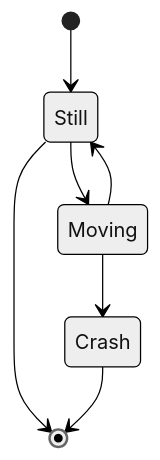
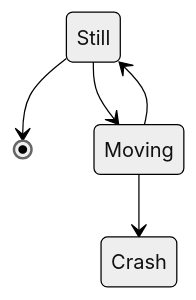
Before and after one commit to juakali-networks/mip: the second of 2 diagrams in README.md, drawn with Mermaid (neutral theme).

Commit message:
Added diagram to ReadMe

````diff
--- a/README.md
+++ b/README.md
@@ -37,10 +37,8 @@
 ```mermaid
 stateDiagram
-    [*] --> Still
     Still --> [*]
 
     Still --> Moving
     Moving --> Still
     Moving --> Crash
-    Crash --> [*]
 ```
````
